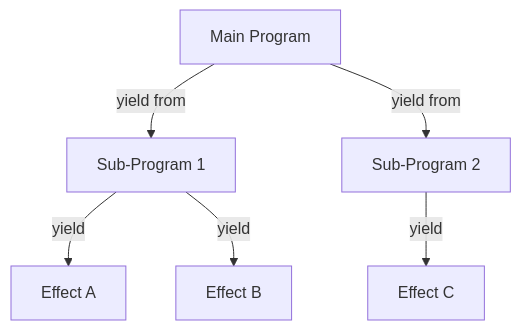
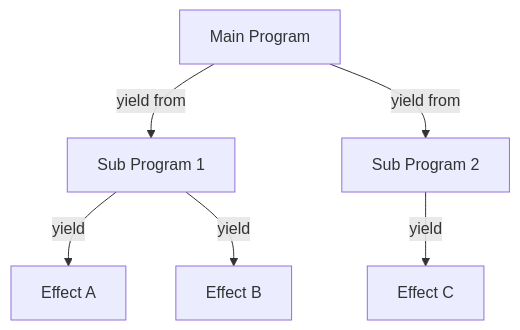
One commit to Tuee22/effectful changed the fifth of 8 diagrams in documents/engineering/architecture.md. Above: the diagram before and after it, drawn with Mermaid. The commit also changed other lines of this file and 193 other files, not shown here.

````diff
--- a/documents/engineering/architecture.md
+++ b/documents/engineering/architecture.md
@@ -302,15 +311,15 @@
 ```mermaid
 flowchart TB
     Main[Main Program]
-    Sub1[Sub-Program 1]
-    Sub2[Sub-Program 2]
+    Sub1[Sub Program 1]
+    Sub2[Sub Program 2]
     Effect1[Effect A]
     Effect2[Effect B]
     Effect3[Effect C]
 
     Main -->|yield from| Sub1
     Main -->|yield from| Sub2
     Sub1 -->|yield| Effect1
     Sub1 -->|yield| Effect2
     Sub2 -->|yield| Effect3
 ```
````
